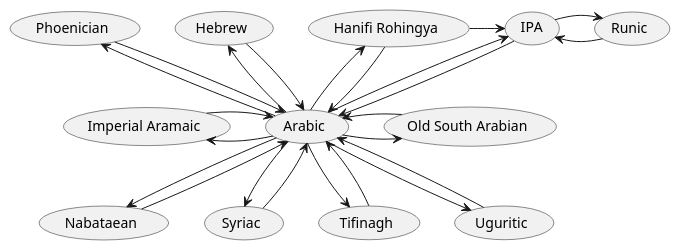
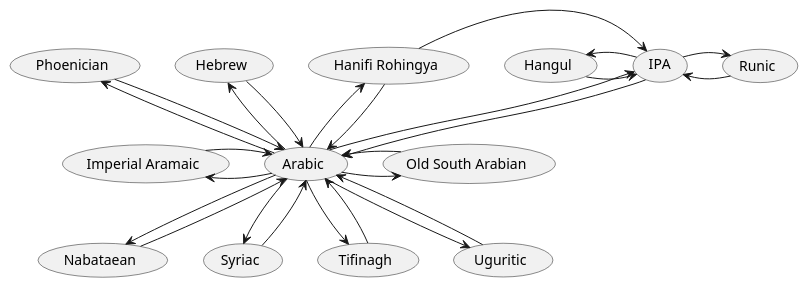
One commit to amerharb/abjad changed the diagram in packages/abjad-convert/doc/converters.puml. Above: the diagram before and after it, drawn with PlantUML. The commit also changed 26 other files, not shown here.

```diff
--- a/packages/abjad-convert/doc/converters.puml
+++ b/packages/abjad-convert/doc/converters.puml
@@ -1,28 +1,30 @@
 @startuml
 'https://plantuml.com/use-case-diagram
 
 (Arabic) -up-> (Hanifi Rohingya)
 (Arabic) <-up- (Hanifi Rohingya)
 (Arabic) -up-> (IPA)
 (Arabic) <-up- (IPA)
 (Runic) -left-> (IPA)
 (Runic) <-left- (IPA)
+(Hangul) -right-> (IPA)
+(Hangul) <-right- (IPA)
 (IPA) <-left- (Hanifi Rohingya)
 (Arabic) -up-> (Hebrew)
 (Arabic) <-up- (Hebrew)
 (Arabic) -up-> (Phoenician)
 (Arabic) <-up- (Phoenician)
 (Arabic) --> (Nabataean)
 (Arabic) <-- (Nabataean)
 (Arabic) -> (Old South Arabian)
 (Arabic) <- (Old South Arabian)
 (Arabic) -left-> (Imperial Aramaic)
 (Arabic) <-left- (Imperial Aramaic)
 (Arabic) --> (Syriac)
 (Arabic) <-- (Syriac)
 (Arabic) --> (Tifinagh)
 (Arabic) <-- (Tifinagh)
 (Arabic) --> (Uguritic)
 (Arabic) <-- (Uguritic)
 
 @enduml
```
